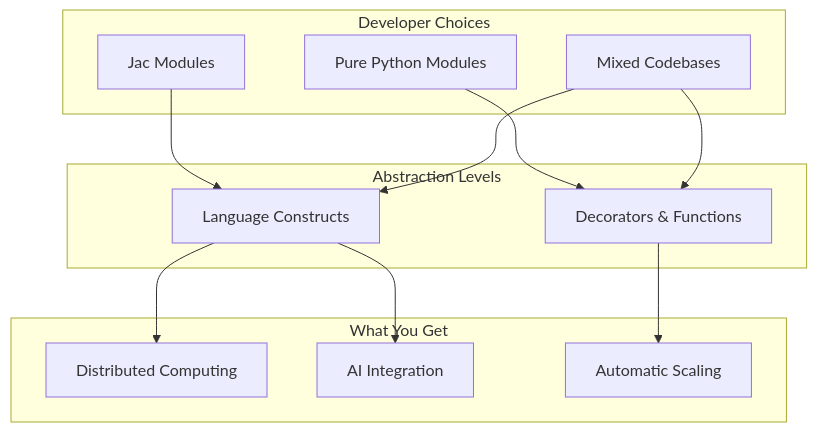
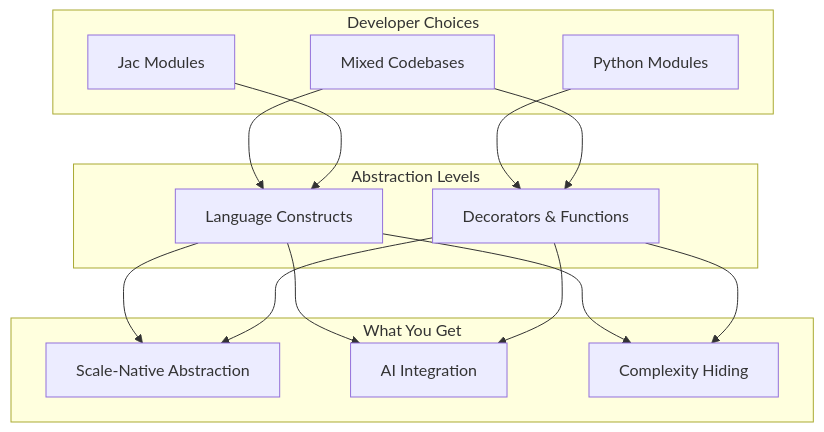
The ninth of 9 diagrams in docs/blog/posts/jacd_python.md (marsninja/blog), drawn with Mermaid before and after one commit. The commit also changed other lines of this file, not shown here.

Commit message:
this is better

````diff
--- a/docs/blog/posts/jacd_python.md
+++ b/docs/blog/posts/jacd_python.md
@@ -286,27 +287,30 @@
 ```mermaid
 graph TD
     subgraph "Developer Choices"
-        A[Pure Python Modules]
+        A[Python Modules]
         B[Jac Modules]
         C[Mixed Codebases]
     end
     
     subgraph "Abstraction Levels"
         D[Language Constructs]
         E[Decorators & Functions]
     end
     
     subgraph "What You Get"
-        G[Distributed Computing]
+        G[Scale-Native Abstraction]
         H[AI Integration]
-        I[Automatic Scaling]
+        I[Complexity Hiding]
     end
     
     A --> E
+    C --> D
     B --> D
-    C --> D
     C --> E
     D --> G
     D --> H
+    D --> I
     E --> I
+    E --> H
+    E --> G
 ```
````
